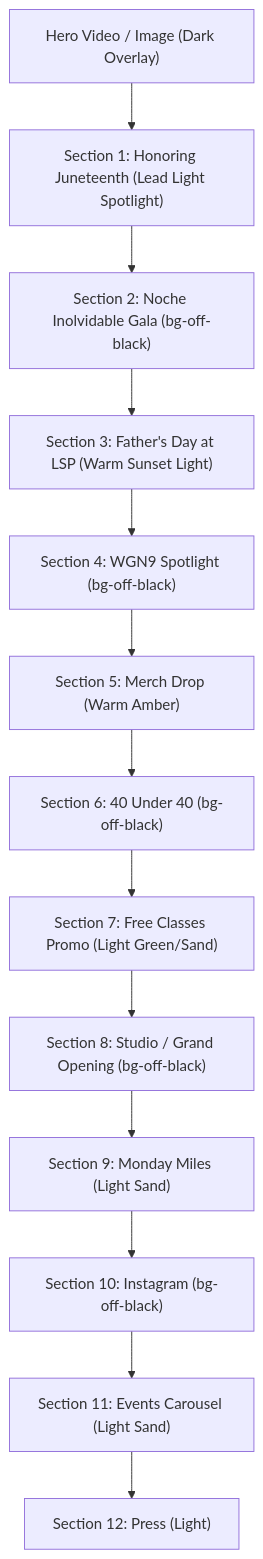
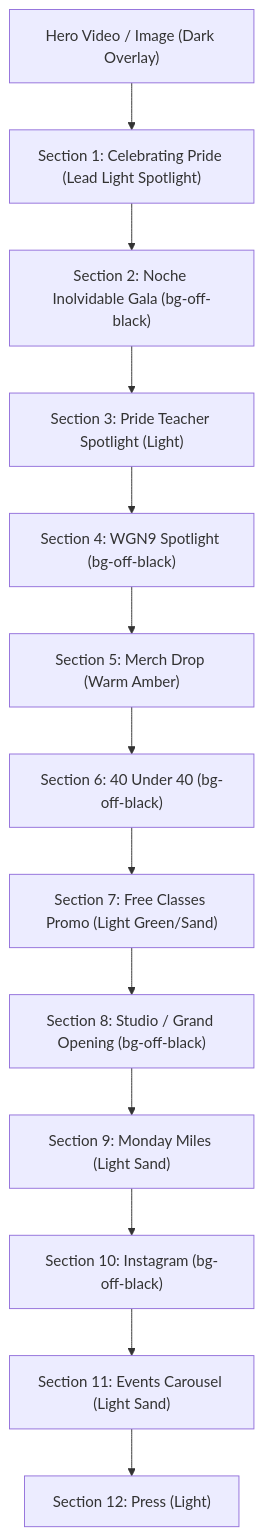
The first of 3 diagrams in design.md (awaisqazi/latinasweatproject), drawn with Mermaid before and after one commit. The commit also changed other lines of this file and 17 other files, not shown here.

First line of the commit message:
Add Celebrating Pride page + seasonal site refresh

````diff
--- a/design.md
+++ b/design.md
@@ -34,15 +34,15 @@
 ```mermaid
 graph TD
-    Hero["Hero Video / Image (Dark Overlay)"] --> Sec1["Section 1: Honoring Juneteenth (Lead Light Spotlight)"]
+    Hero["Hero Video / Image (Dark Overlay)"] --> Sec1["Section 1: Celebrating Pride (Lead Light Spotlight)"]
     Sec1 --> Sec2["Section 2: Noche Inolvidable Gala (bg-off-black)"]
-    Sec2 --> Sec3["Section 3: Father's Day at LSP (Warm Sunset Light)"]
+    Sec2 --> Sec3["Section 3: Pride Teacher Spotlight (Light)"]
     Sec3 --> Sec4["Section 4: WGN9 Spotlight (bg-off-black)"]
     Sec4 --> Sec5["Section 5: Merch Drop (Warm Amber)"]
     Sec5 --> Sec6["Section 6: 40 Under 40 (bg-off-black)"]
     Sec6 --> Sec7["Section 7: Free Classes Promo (Light Green/Sand)"]
     Sec7 --> Sec8["Section 8: Studio / Grand Opening (bg-off-black)"]
     Sec8 --> Sec9["Section 9: Monday Miles (Light Sand)"]
     Sec9 --> Sec10["Section 10: Instagram (bg-off-black)"]
     Sec10 --> Sec11["Section 11: Events Carousel (Light Sand)"]
     Sec11 --> Sec12["Section 12: Press (Light)"]
 ```
````
